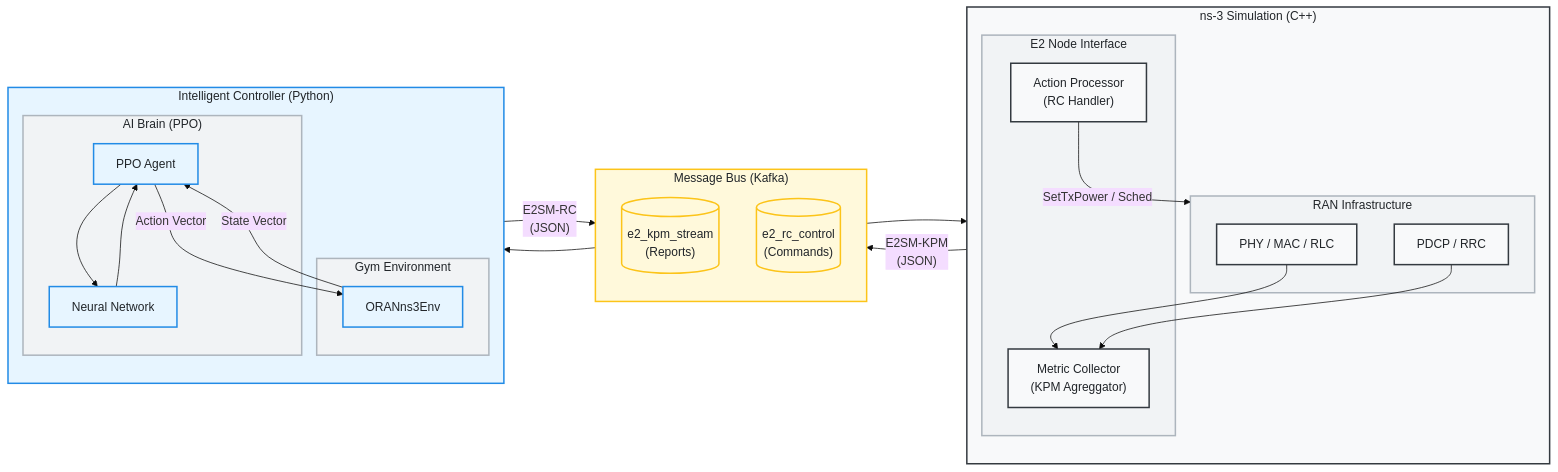
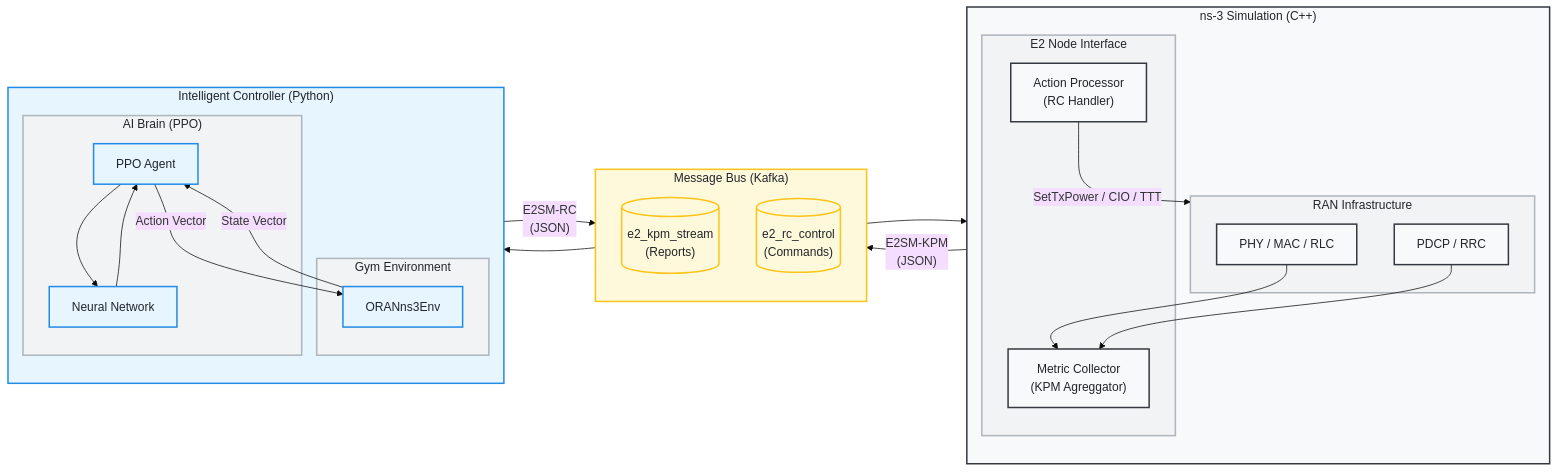
Before and after one commit to ishreyanshkumar/Radio-Cortex: the diagram in README.md, drawn with Mermaid (base theme). The commit also changed other lines of this file and 6 other files, not shown here.

````diff
--- a/README.md
+++ b/README.md
@@ -442,60 +442,60 @@
 ```mermaid
 graph LR
     %% Data Flow Labels
     subgraph SIM ["ns-3 Simulation (C++)"]
         direction TB
         subgraph RAN ["RAN Infrastructure"]
             L12["PHY / MAC / RLC"]
             STACK["PDCP / RRC"]
         end
         
         subgraph E2 ["E2 Node Interface"]
             COLL["Metric Collector<br/>(KPM Agreggator)"]
             PROC["Action Processor<br/>(RC Handler)"]
         end
     end
 
     subgraph BUS ["Message Bus (Kafka)"]
         direction TB
         TOPIC_KPM[("e2_kpm_stream<br/>(Reports)")]
         TOPIC_RC[("e2_rc_control<br/>(Commands)")]
     end
 
     subgraph RIC ["Intelligent Controller (Python)"]
         direction TB
         subgraph ENV ["Gym Environment"]
             GYM["ORANns3Env"]
         end
         
         subgraph AI ["AI Brain (PPO)"]
             AGENT["PPO Agent"]
             NET["Neural Network"]
         end
     end
 
     %% Connections - Downlink / Metrics
     L12 --> COLL
     STACK --> COLL
     COLL -- "E2SM-KPM<br/>(JSON)" --> TOPIC_KPM
     TOPIC_KPM --> GYM
     GYM -- "State Vector" --> AGENT
     AGENT --> NET
 
     %% Connections - Uplink / Control
     NET --> AGENT
     AGENT -- "Action Vector" --> GYM
     GYM -- "E2SM-RC<br/>(JSON)" --> TOPIC_RC
     TOPIC_RC --> PROC
-    PROC -- "SetTxPower / Sched" --> RAN
+    PROC -- "SetTxPower / CIO / TTT" --> RAN
 
     %% Styling
     classDef simNode fill:#f8f9fa,stroke:#343a40,stroke-width:2px,color:#212529;
     classDef kafkaNode fill:#fff9db,stroke:#fcc419,stroke-width:2px,color:#212529;
     classDef pythonNode fill:#e7f5ff,stroke:#228be6,stroke-width:2px,color:#212529;
     classDef stackNode fill:#f1f3f5,stroke:#adb5bd,stroke-style:dashed;
 
     class SIM,RAN,E2,L12,STACK,COLL,PROC simNode;
     class BUS,TOPIC_KPM,TOPIC_RC kafkaNode;
     class RIC,ENV,AI,GYM,AGENT,NET pythonNode;
     class RAN,E2,ENV,AI stackNode;
 ```
````
